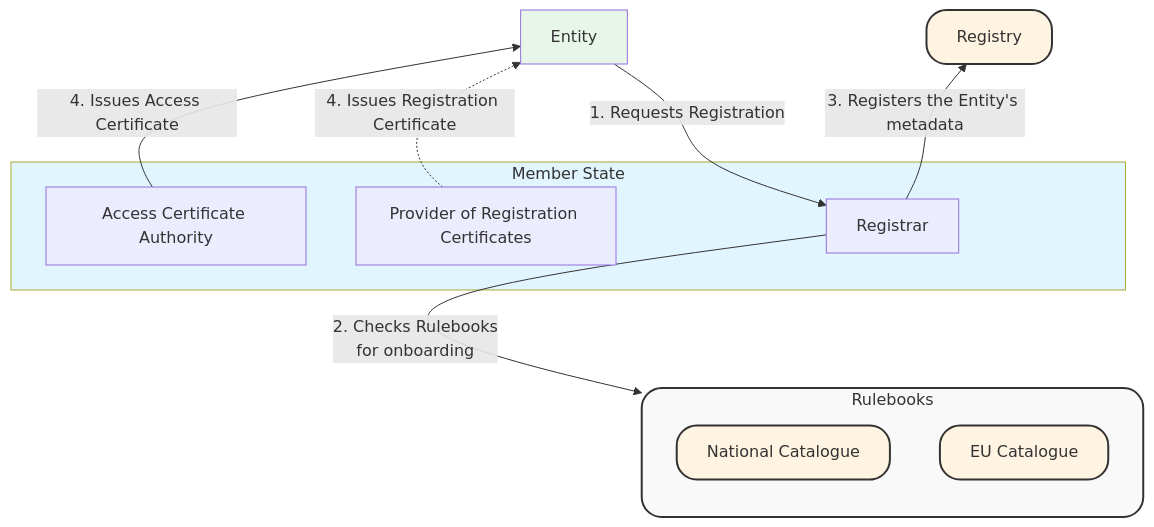
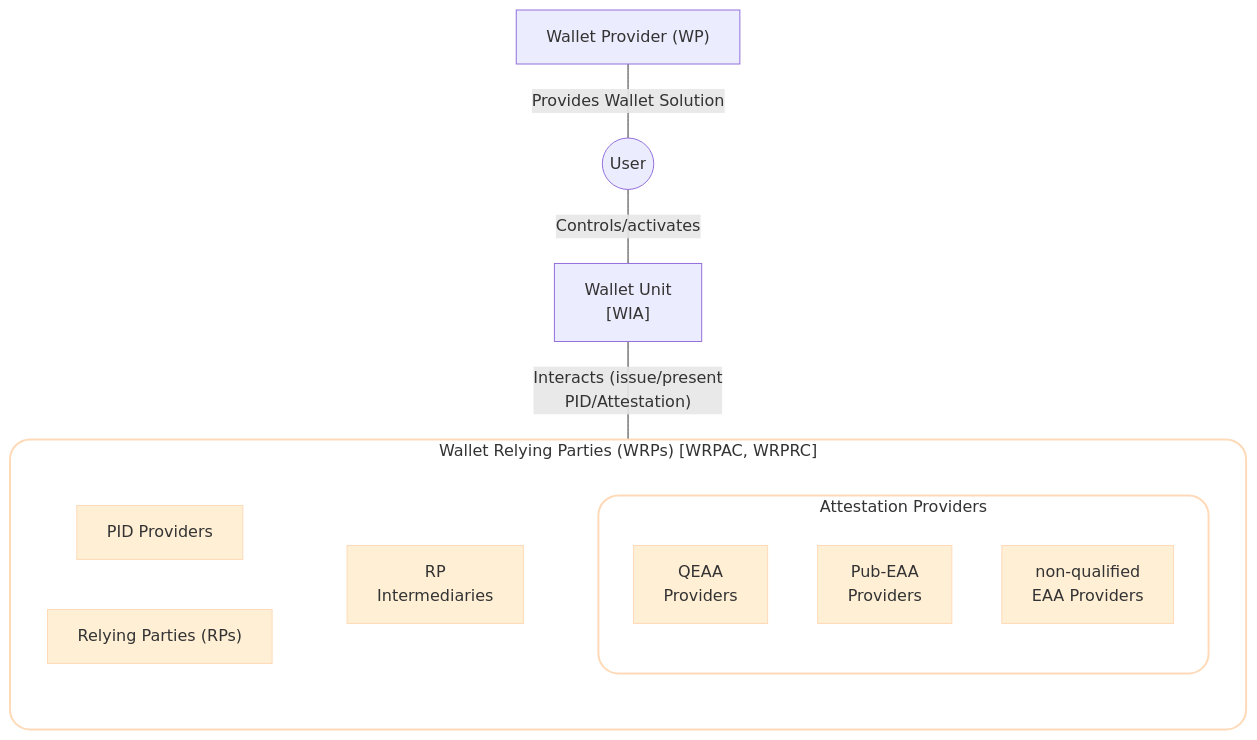
The first of 4 diagrams in topics/trust-architecture.md (APTITUDE-Consortium/wp2-trust-specifications), drawn with Mermaid before and after one commit. The commit also changed other lines of this file and 1 other file, not shown here.

````diff
--- a/topics/trust-architecture.md
+++ b/topics/trust-architecture.md
@@ -70,38 +10,37 @@
 ```mermaid
-graph BT
-    subgraph MS["Member State"]
-        ACA["Access Certificate Authority"]
-        RCA["Provider of Registration Certificates"]
-        Registrar
-    end
-    Entity
+graph TD
 
-    subgraph Cat["Rulebooks"]
-        direction TB
-        NC["National Catalogue"]
-        EUC["EU Catalogue"] 
+    WP["Wallet Provider (WP)"]
+    User((User))
+    WU["Wallet Unit <br/> [WIA]"]
+
+   subgraph WRP["Wallet Relying Parties (WRPs) [WRPAC, WRPRC]"]
+        direction LR
+        PIDP["PID Providers"]
+        subgraph AP["Attestation Providers"]
+            QEAAP["QEAA <br/>Providers"]
+            PubP["Pub-EAA <br/>Providers"]
+            EAAP["non-qualified <br/>EAA Providers"]
+        end
+        RP["Relying Parties (RPs)"]
+        RPI["RP <br/>Intermediaries"]
     end
 
     %% Skeleton
-    Registrar ~~~ Entity
-    ACA ~~~ Entity
-    RCA ~~~ Entity
-    MS ~~~ Entity
-    Cat ~~~ Registrar
-    Registrar ~~~ Registry
+    PIDP ~~~ RPI
+    RPI ~~~ AP
+    RP ~~~ RPI
 
     %% Style
-    style Cat fill:#f9f9f9,stroke:#333,stroke-width:2px,rx:20,ry:20
-    style NC fill:#fff4e1,stroke:#333,stroke-width:2px,rx:20,ry:20
-    style EUC fill:#fff4e1,stroke:#333,stroke-width:2px,rx:20,ry:20
-    style Registry fill:#fff4e1,stroke:#333,stroke-width:2px,rx:20,ry:20
-    style MS fill:#e1f5ff
-    style Entity fill:#e8f5e9
+    classDef WRP_entities fill:#ffefd5, stroke:#ffdab9
+    style WRP fill:#ffff,stroke:#ffdab9,stroke-width:2px,rx:20,ry:20
+    style AP fill:#ffff,stroke:#ffdab9,stroke-width:2px,rx:20,ry:20
+
+    class QEAAP,PIDP,PubP,EAAP,RP,RPI WRP_entities;
+
 
     %% Arrows
-    Entity -->|1. Requests Registration| Registrar
-    Registrar -->|2. Checks Rulebooks </br>for onboarding| Cat
-    Registrar -->|3. Registers the Entity's metadata| Registry
-    ACA -->|4. Issues Access Certificate| Entity
-    RCA -.->|4. Issues Registration Certificate| Entity
+    WP ---|Provides Wallet Solution| User 
+    User ---|Controls/activates| WU
+    WU ---|"Interacts (issue/present <br/>PID/Attestation)"| WRP 
 ```
````
